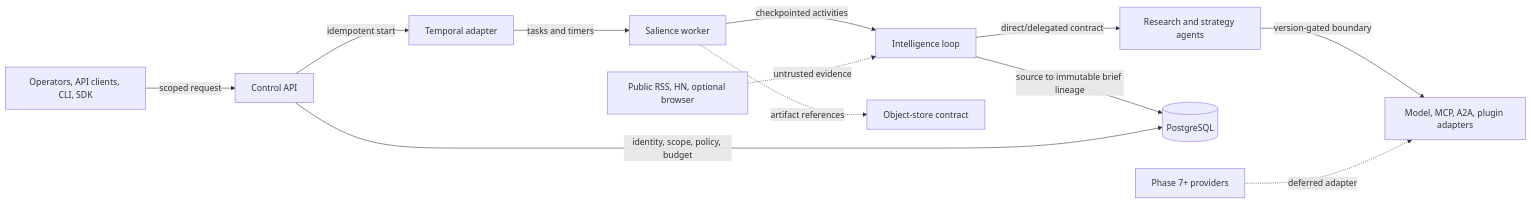
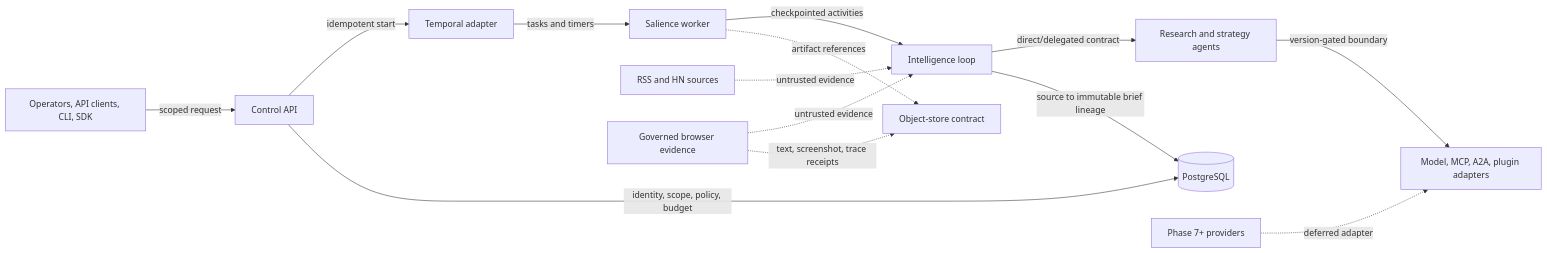
One commit to manojvermamv/Salience changed the diagram in README.md. Above: the diagram before and after it, drawn with Mermaid. The commit also changed other lines of this file and 10 other files, not shown here.

Commit message:
docs: refresh browser evidence architecture

````diff
--- a/README.md
+++ b/README.md
@@ -21,14 +21,16 @@
 ```mermaid
 flowchart LR
     Operator[Operators, API clients, CLI, SDK] -->|scoped request| API[Control API]
     API -->|idempotent start| Temporal[Temporal adapter]
     Temporal -->|tasks and timers| Worker[Salience worker]
     Worker -->|checkpointed activities| Loop[Intelligence loop]
-    Sources[Public RSS, HN, optional browser] -.->|untrusted evidence| Loop
+    Sources[RSS and HN sources] -.->|untrusted evidence| Loop
+    Browser[Governed browser evidence] -.->|untrusted evidence| Loop
+    Browser -.->|text, screenshot, trace receipts| Storage
     Loop -->|direct/delegated contract| Agents[Research and strategy agents]
     Agents -->|version-gated boundary| Providers[Model, MCP, A2A, plugin adapters]
     Loop -->|source to immutable brief lineage| PG[(PostgreSQL)]
     API -->|identity, scope, policy, budget| PG
     Worker -.->|artifact references| Storage[Object-store contract]
     Future[Phase 7+ providers] -.->|deferred adapter| Providers
 ```
````
